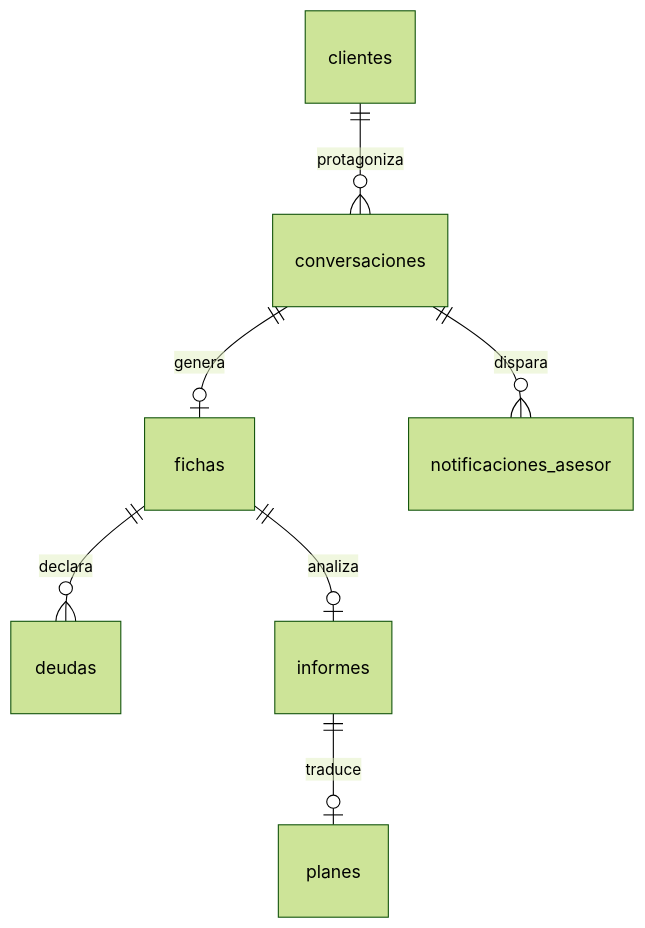
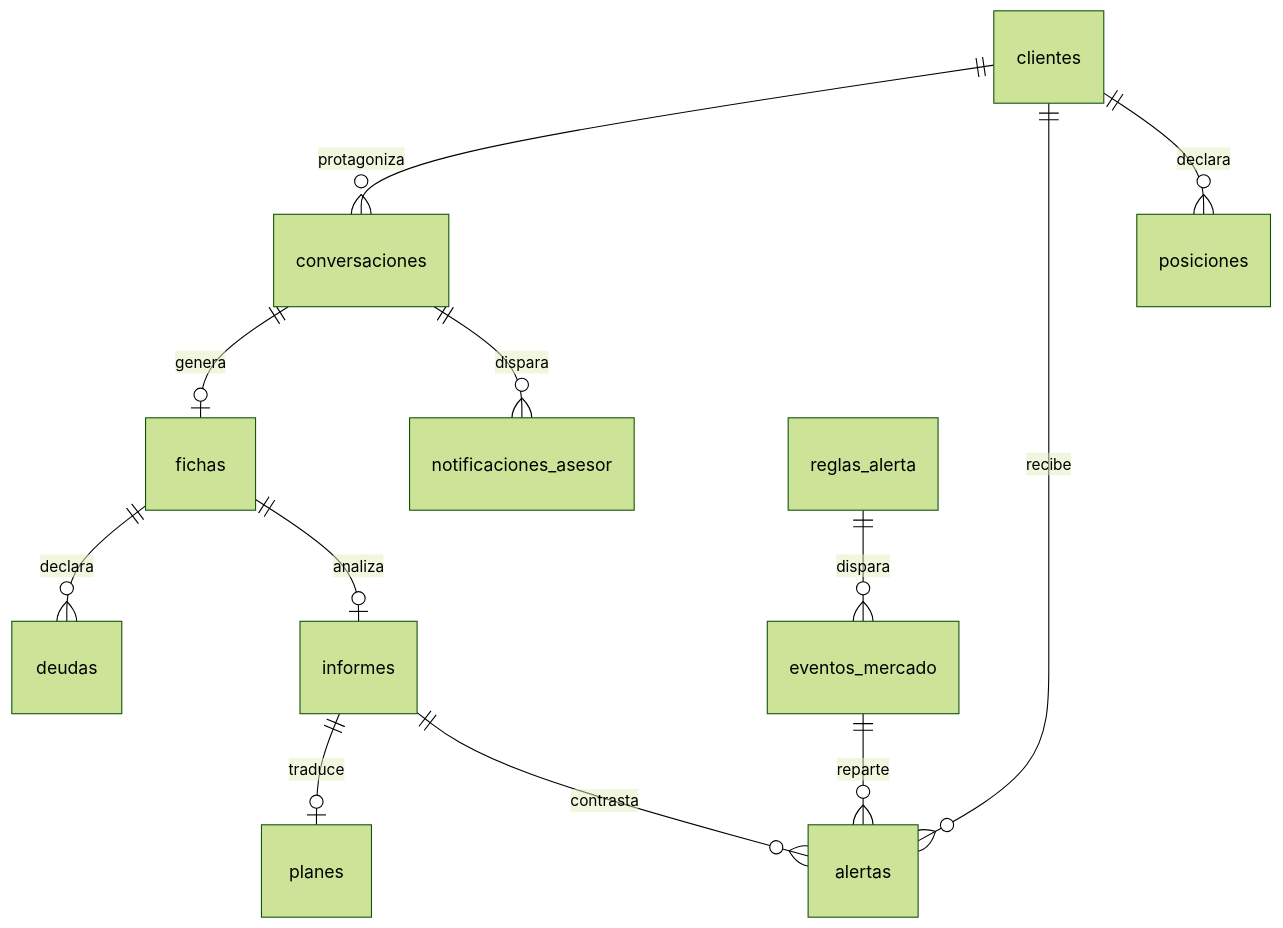
Before and after one commit to PuenteDigitalEu/financiero-clase: the diagram in docs/data-model.md, drawn with Mermaid (forest theme). The commit also changed other lines of this file and 17 other files, not shown here.

````diff
--- a/docs/data-model.md
+++ b/docs/data-model.md
@@ -214,9 +314,15 @@
 ```mermaid
 erDiagram
   clientes ||--o{ conversaciones : "protagoniza"
   conversaciones ||--o| fichas : "genera"
   fichas ||--o{ deudas : "declara"
   fichas ||--o| informes : "analiza"
   informes ||--o| planes : "traduce"
   conversaciones ||--o{ notificaciones_asesor : "dispara"
+
+  reglas_alerta ||--o{ eventos_mercado : "dispara"
+  eventos_mercado ||--o{ alertas : "reparte"
+  clientes ||--o{ alertas : "recibe"
+  informes ||--o{ alertas : "contrasta"
+  clientes ||--o{ posiciones : "declara"
 ```
````
